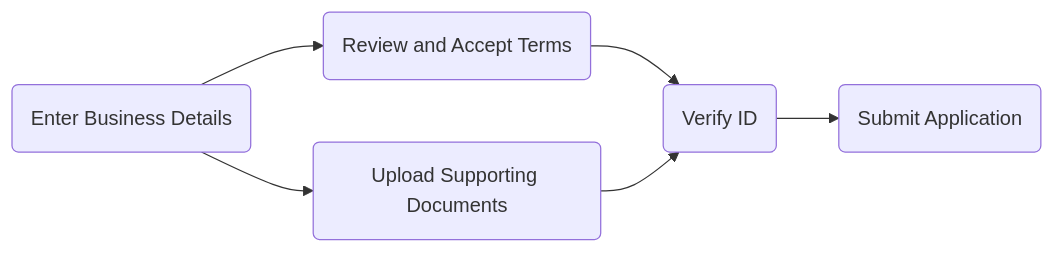
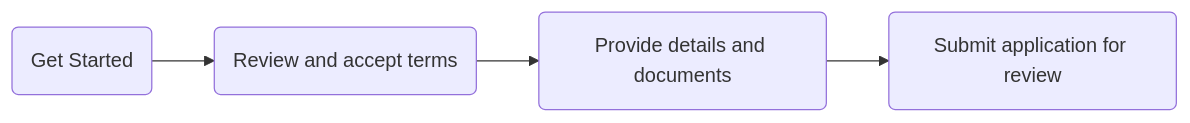
The diagram in guides/dashboard/onboard.mdx (paxosglobal/docs-mintlify), drawn with Mermaid before and after one commit. The commit also changed other lines of this file and 3 other files, not shown here.

````diff
--- a/guides/dashboard/onboard.mdx
+++ b/guides/dashboard/onboard.mdx
@@ -6,10 +6,7 @@
 ```mermaid
 graph LR
 
-    A(Enter Business Details) --> B(Review and Accept Terms)
-    A --> C(Upload Supporting Documents)
-    B --> D(Review and accept terms)
-    C --> D(Verify ID)
-    D --> E(Submit Application)
-
+    A(Get Started) --> B(Review and accept terms)
+    B --> C(Provide details and documents)
+    C --> D(Submit application for review)
 ```
````
